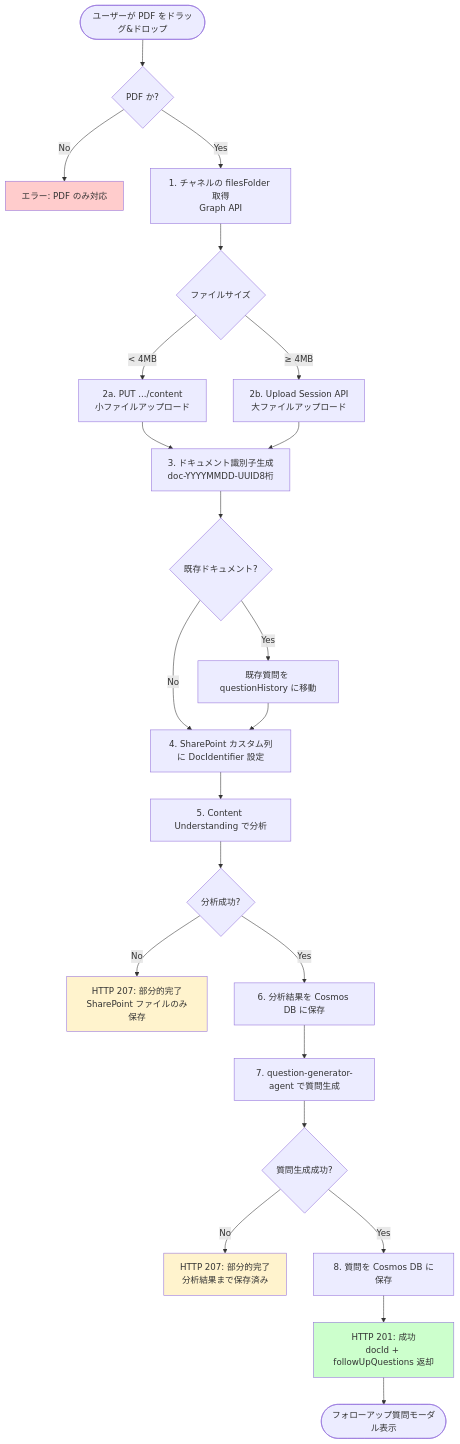
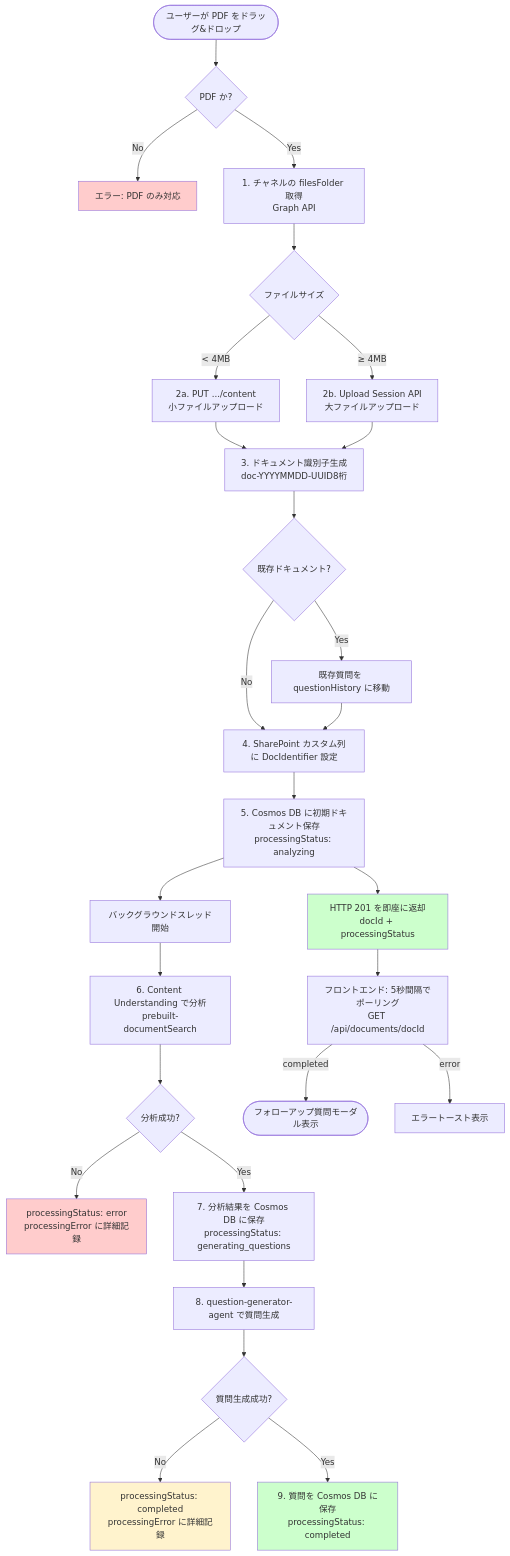
The fourth of 20 diagrams in docs/ARCHITECTURE.md (hatasaki/Manufacturing-Intelligent-Document-Management), drawn with Mermaid before and after one commit. The commit also changed other lines of this file and 11 other files, not shown here.

Commit message:
Refactor document upload and analysis process to support asynchronous handling

````diff
--- a/docs/ARCHITECTURE.md
+++ b/docs/ARCHITECTURE.md
@@ -155,31 +155,38 @@
 ```mermaid
 flowchart TD
     START([ユーザーが PDF をドラッグ&ドロップ]) --> VALIDATE{PDF か?}
     VALIDATE -->|No| REJECT[エラー: PDF のみ対応]
     VALIDATE -->|Yes| FOLDER[1. チャネルの filesFolder 取得<br/>Graph API]
     FOLDER --> SIZE{ファイルサイズ}
     SIZE -->|< 4MB| SMALL[2a. PUT .../content<br/>小ファイルアップロード]
     SIZE -->|≥ 4MB| LARGE[2b. Upload Session API<br/>大ファイルアップロード]
     SMALL --> DOCID
     LARGE --> DOCID
     DOCID[3. ドキュメント識別子生成<br/>doc-YYYYMMDD-UUID8桁]
     DOCID --> EXISTING{既存ドキュメント?}
     EXISTING -->|Yes| HISTORY[既存質問を questionHistory に移動]
     EXISTING -->|No| CUSTOM
     HISTORY --> CUSTOM[4. SharePoint カスタム列に DocIdentifier 設定]
-    CUSTOM --> ANALYZE[5. Content Understanding で分析]
+    CUSTOM --> SAVE_INIT[5. Cosmos DB に初期ドキュメント保存<br/>processingStatus: analyzing]
+    SAVE_INIT --> RETURN_201[HTTP 201 を即座に返却<br/>docId + processingStatus]
+    RETURN_201 --> POLL[フロントエンド: 5秒間隔でポーリング<br/>GET /api/documents/docId]
+
+    SAVE_INIT --> BG_START[バックグラウンドスレッド開始]
+    BG_START --> ANALYZE[6. Content Understanding で分析<br/>prebuilt-documentSearch]
     ANALYZE --> ANALYZE_OK{分析成功?}
-    ANALYZE_OK -->|No| PARTIAL1[HTTP 207: 部分的完了<br/>SharePoint ファイルのみ保存]
-    ANALYZE_OK -->|Yes| SAVE_ANALYSIS[6. 分析結果を Cosmos DB に保存]
-    SAVE_ANALYSIS --> GEN_Q[7. question-generator-agent で質問生成]
+    ANALYZE_OK -->|No| BG_ERR1[processingStatus: error<br/>processingError に詳細記録]
+    ANALYZE_OK -->|Yes| SAVE_ANALYSIS[7. 分析結果を Cosmos DB に保存<br/>processingStatus: generating_questions]
+    SAVE_ANALYSIS --> GEN_Q[8. question-generator-agent で質問生成]
     GEN_Q --> GEN_OK{質問生成成功?}
-    GEN_OK -->|No| PARTIAL2[HTTP 207: 部分的完了<br/>分析結果まで保存済み]
-    GEN_OK -->|Yes| SAVE_Q[8. 質問を Cosmos DB に保存]
-    SAVE_Q --> RESPONSE[HTTP 201: 成功<br/>docId + followUpQuestions 返却]
-    RESPONSE --> MODAL([フォローアップ質問モーダル表示])
+    GEN_OK -->|No| BG_ERR2[processingStatus: completed<br/>processingError に詳細記録]
+    GEN_OK -->|Yes| SAVE_Q[9. 質問を Cosmos DB に保存<br/>processingStatus: completed]
+
+    POLL -->|completed| MODAL([フォローアップ質問モーダル表示])
+    POLL -->|error| TOAST[エラートースト表示]
 
     style REJECT fill:#ffcccc
-    style PARTIAL1 fill:#fff3cd
-    style PARTIAL2 fill:#fff3cd
-    style RESPONSE fill:#ccffcc
+    style BG_ERR1 fill:#ffcccc
+    style BG_ERR2 fill:#fff3cd
+    style SAVE_Q fill:#ccffcc
+    style RETURN_201 fill:#ccffcc
 ```
````
